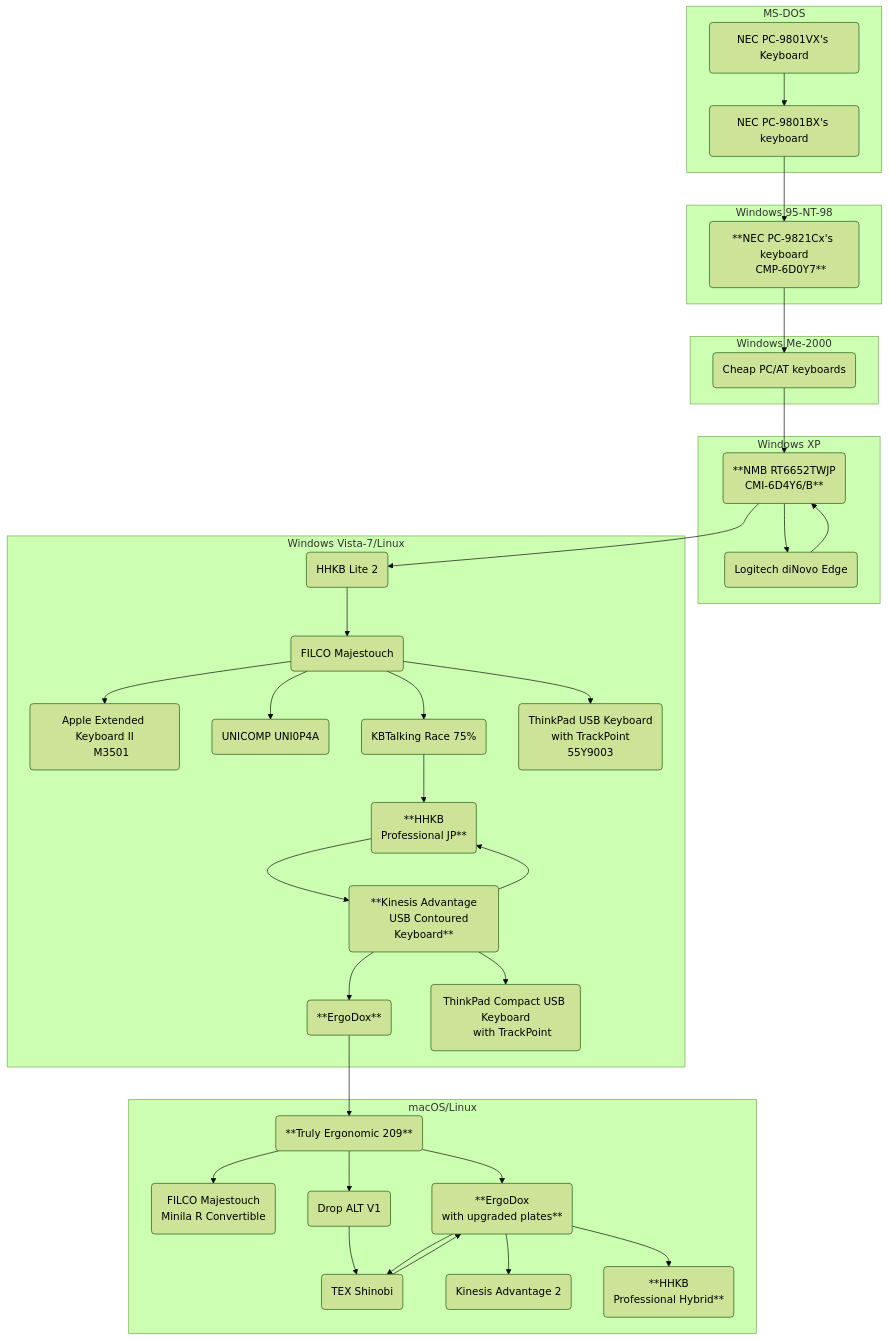
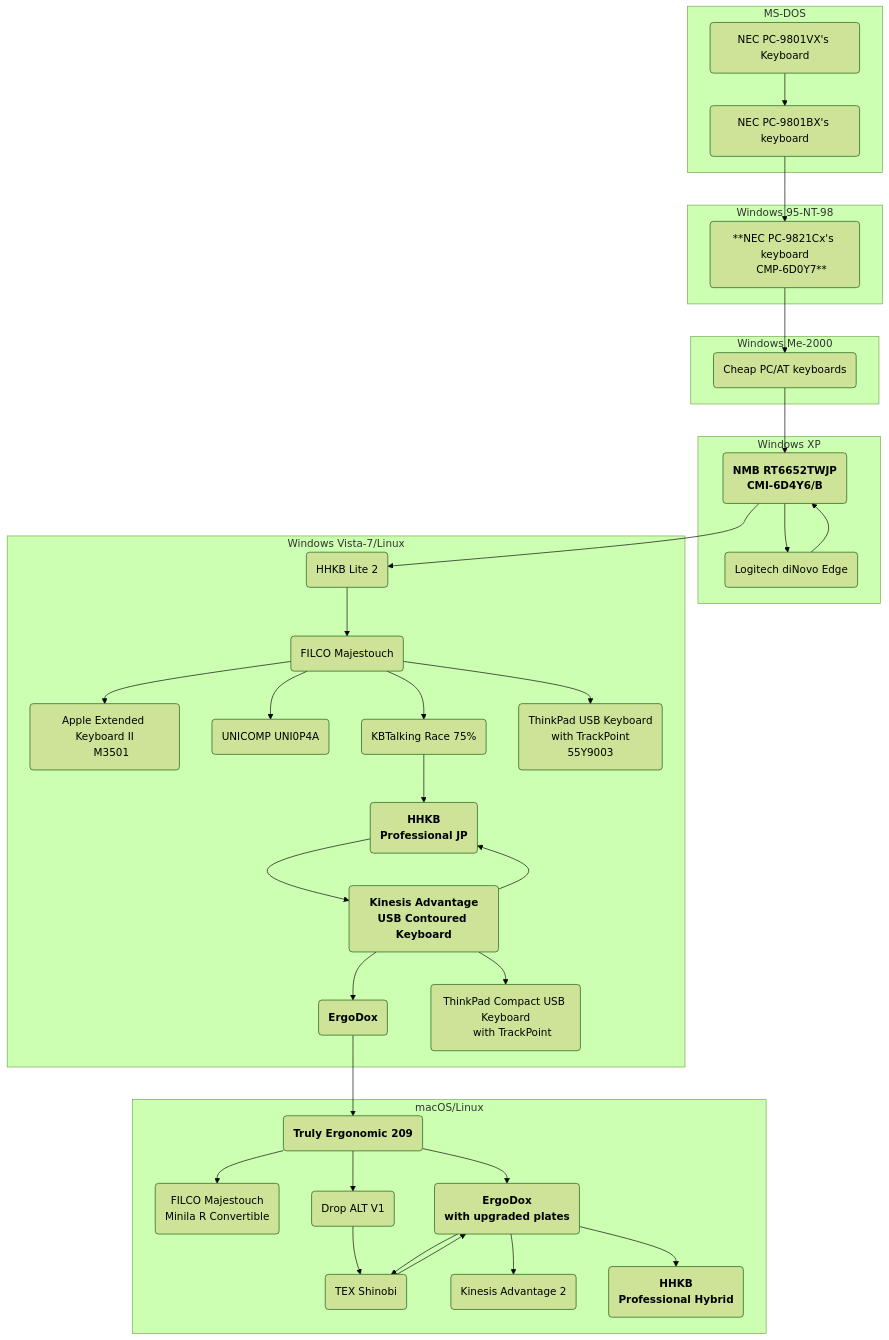
One commit to sumibi-yakitori/sumibi-yakitori changed the diagram in hid.md. Above: the diagram before and after it, drawn with Mermaid (forest theme).

````diff
--- a/hid.md
+++ b/hid.md
@@ -19,56 +19,56 @@
 ```mermaid
 graph TD;
     subgraph MS-DOS
     pc9801vx(NEC PC-9801VX's Keyboard)-->pc9801bx(NEC PC-9801BX's keyboard);
     end
 
     subgraph Windows 95-NT-98
     pc9801bx-->pc9821cx13("**NEC PC-9821Cx's keyboard
     CMP-6D0Y7**");
     end
 
     subgraph Windows Me-2000
     pc9821cx13-->pcat1(Cheap PC/AT keyboards);
     end
 
     subgraph Windows XP
     pcat1-->nmb;
-    nmb("**NMB RT6652TWJP
-    CMI-6D4Y6/B**")-->Logitech(Logitech diNovo Edge)-->nmb;
+    nmb("`**NMB RT6652TWJP
+    CMI-6D4Y6/B**`")-->Logitech(Logitech diNovo Edge)-->nmb;
     end
 
     subgraph Windows Vista-7/Linux
     nmb-->hhkb-lite(HHKB Lite 2);
     hhkb-lite-->filco-m(FILCO Majestouch);
     filco-m-->ae-kb("Apple Extended Keyboard II
     M3501");
     filco-m-->unicomp(UNICOMP UNI0P4A);
     filco-m-->race(KBTalking Race 75%);
     filco-m-->thinkpad1("ThinkPad USB Keyboard
     with TrackPoint
     55Y9003");
-    race-->hhkb-pro-jp("**HHKB
-    Professional JP**");
-    hhkb-pro-jp-->kinesis-a("**Kinesis Advantage
-    USB Contoured Keyboard**");
+    race-->hhkb-pro-jp("`**HHKB
+    Professional JP**`");
+    hhkb-pro-jp-->kinesis-a("`**Kinesis Advantage
+    USB Contoured Keyboard**`");
     kinesis-a-->hhkb-pro-jp;
-    kinesis-a-->ergodox1("**ErgoDox**");
+    kinesis-a-->ergodox1("`**ErgoDox**`");
     kinesis-a-->thinkpad2("ThinkPad Compact USB Keyboard
     with TrackPoint");
     end
 
     subgraph macOS/Linux
-    ergodox1-->teck("**Truly Ergonomic 209**");
+    ergodox1-->teck("`**Truly Ergonomic 209**`");
     teck-->filco-minila-r("FILCO Majestouch
     Minila R Convertible");
-    teck-->ergodox2("**ErgoDox
-    with upgraded plates**");
+    teck-->ergodox2("`**ErgoDox
+    with upgraded plates**`");
     teck-->drop-alt(Drop ALT V1);
     drop-alt-->shinobi;
     ergodox2-->shinobi(TEX Shinobi);
     shinobi-->ergodox2
     ergodox2-->kinesis-a2(Kinesis Advantage 2);
-    ergodox2-->hhkb-hybrid("**HHKB
-    Professional Hybrid**");
+    ergodox2-->hhkb-hybrid("`**HHKB
+    Professional Hybrid**`");
     end
 ```
````
